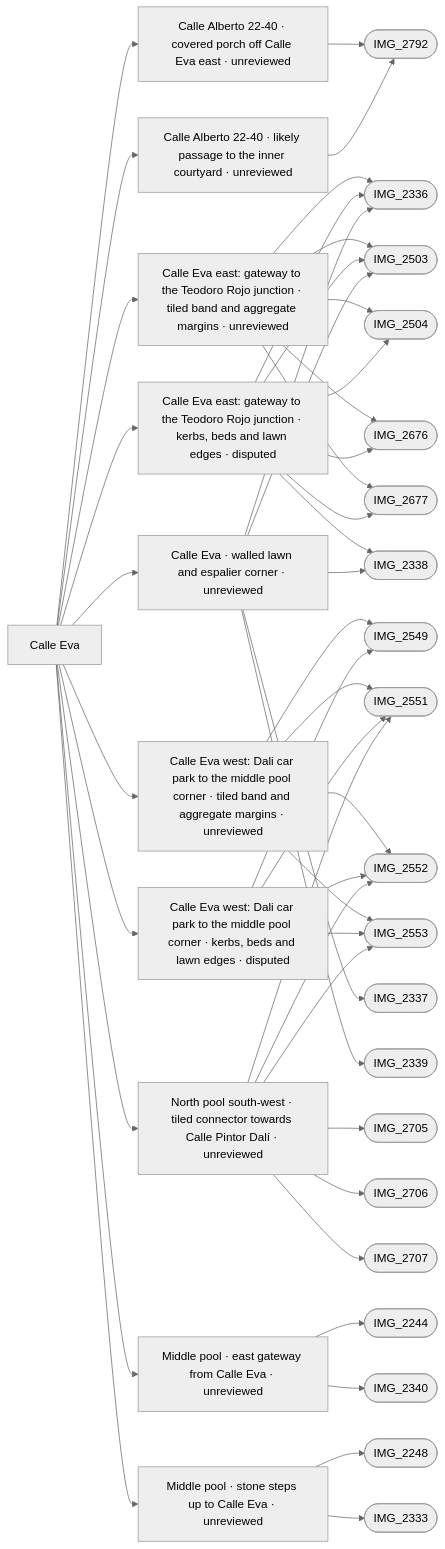
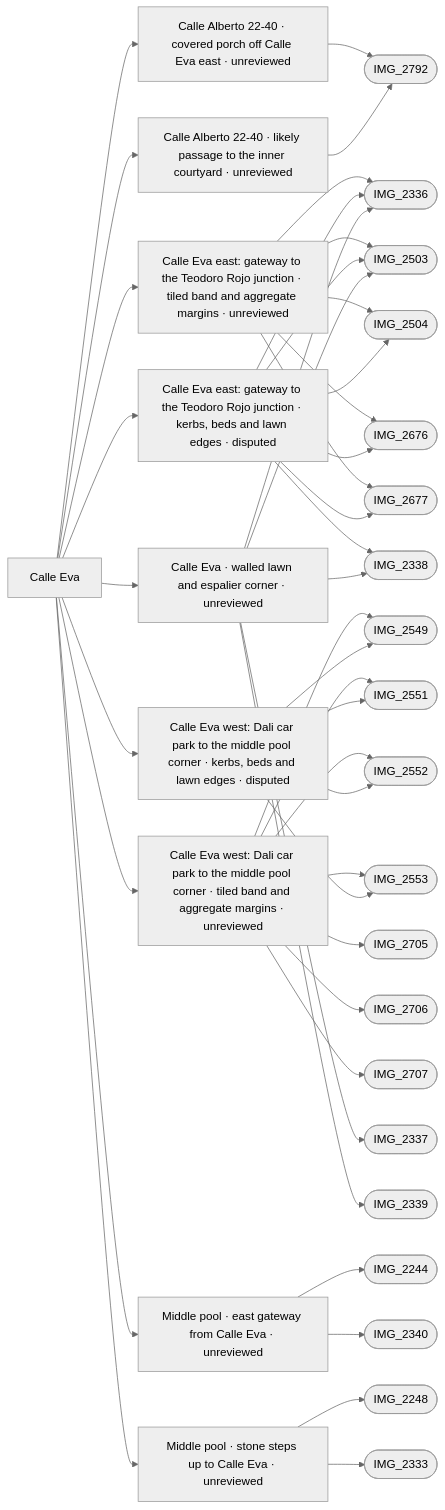
The diagram in refs/areas/eva.md (daveyboyc/villacana-venture), drawn with Mermaid (neutral theme) before and after one commit. The commit also changed other lines of this file and 23 other files, not shown here.

Commit message:
Correct the Dalí photo attribution and withdraw the unsupported north-pool path

````diff
--- a/refs/areas/eva.md
+++ b/refs/areas/eva.md
@@ -51,50 +51,46 @@
 ```mermaid
 graph LR
   A["Calle Eva"]
   A --> F0["Calle Alberto 22-40 · covered porch off Calle Eva east · unreviewed"]
   F0 --> PIMG_2792_jpg(["IMG_2792"])
   A --> F1["Calle Alberto 22-40 · likely passage to the inner courtyard · unreviewed"]
   F1 --> PIMG_2792_jpg(["IMG_2792"])
   A --> F2["Calle Eva east: gateway to the Teodoro Rojo junction · tiled band and aggregate margins · unreviewed"]
   F2 --> PIMG_2336_jpg(["IMG_2336"])
   F2 --> PIMG_2503_jpg(["IMG_2503"])
   F2 --> PIMG_2504_jpg(["IMG_2504"])
   F2 --> PIMG_2676_jpg(["IMG_2676"])
   F2 --> PIMG_2677_jpg(["IMG_2677"])
   A --> F3["Calle Eva east: gateway to the Teodoro Rojo junction · kerbs, beds and lawn edges · disputed"]
   F3 --> PIMG_2336_jpg(["IMG_2336"])
   F3 --> PIMG_2338_jpg(["IMG_2338"])
   F3 --> PIMG_2503_jpg(["IMG_2503"])
   F3 --> PIMG_2504_jpg(["IMG_2504"])
   F3 --> PIMG_2676_jpg(["IMG_2676"])
   F3 --> PIMG_2677_jpg(["IMG_2677"])
   A --> F4["Calle Eva west: Dali car park to the middle pool corner · tiled band and aggregate margins · unreviewed"]
   F4 --> PIMG_2549_jpg(["IMG_2549"])
   F4 --> PIMG_2551_jpg(["IMG_2551"])
   F4 --> PIMG_2552_jpg(["IMG_2552"])
   F4 --> PIMG_2553_jpg(["IMG_2553"])
+  F4 --> PIMG_2705_jpg(["IMG_2705"])
+  F4 --> PIMG_2706_jpg(["IMG_2706"])
+  F4 --> PIMG_2707_jpg(["IMG_2707"])
   A --> F5["Calle Eva west: Dali car park to the middle pool corner · kerbs, beds and lawn edges · disputed"]
   F5 --> PIMG_2549_jpg(["IMG_2549"])
   F5 --> PIMG_2551_jpg(["IMG_2551"])
   F5 --> PIMG_2552_jpg(["IMG_2552"])
   F5 --> PIMG_2553_jpg(["IMG_2553"])
   A --> F6["Calle Eva · walled lawn and espalier corner · unreviewed"]
   F6 --> PIMG_2336_jpg(["IMG_2336"])
   F6 --> PIMG_2337_jpg(["IMG_2337"])
   F6 --> PIMG_2338_jpg(["IMG_2338"])
   F6 --> PIMG_2339_jpg(["IMG_2339"])
   F6 --> PIMG_2503_jpg(["IMG_2503"])
-  A --> F7["North pool south-west · tiled connector towards Calle Pintor Dalí · unreviewed"]
-  F7 --> PIMG_2551_jpg(["IMG_2551"])
-  F7 --> PIMG_2552_jpg(["IMG_2552"])
-  F7 --> PIMG_2553_jpg(["IMG_2553"])
-  F7 --> PIMG_2705_jpg(["IMG_2705"])
-  F7 --> PIMG_2706_jpg(["IMG_2706"])
-  F7 --> PIMG_2707_jpg(["IMG_2707"])
-  A --> F8["Middle pool · east gateway from Calle Eva · unreviewed"]
-  F8 --> PIMG_2244_jpg(["IMG_2244"])
-  F8 --> PIMG_2340_jpg(["IMG_2340"])
-  A --> F9["Middle pool · stone steps up to Calle Eva · unreviewed"]
-  F9 --> PIMG_2248_jpg(["IMG_2248"])
-  F9 --> PIMG_2333_jpg(["IMG_2333"])
+  A --> F7["Middle pool · east gateway from Calle Eva · unreviewed"]
+  F7 --> PIMG_2244_jpg(["IMG_2244"])
+  F7 --> PIMG_2340_jpg(["IMG_2340"])
+  A --> F8["Middle pool · stone steps up to Calle Eva · unreviewed"]
+  F8 --> PIMG_2248_jpg(["IMG_2248"])
+  F8 --> PIMG_2333_jpg(["IMG_2333"])
 ```
````
